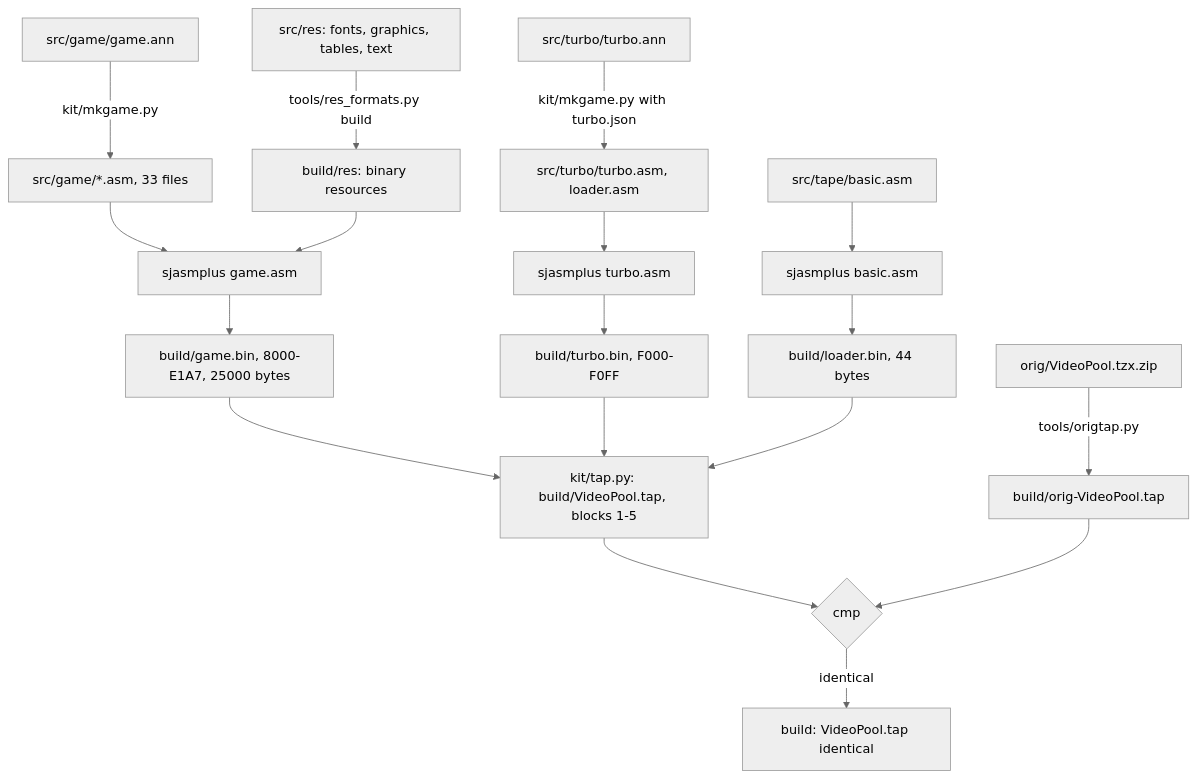
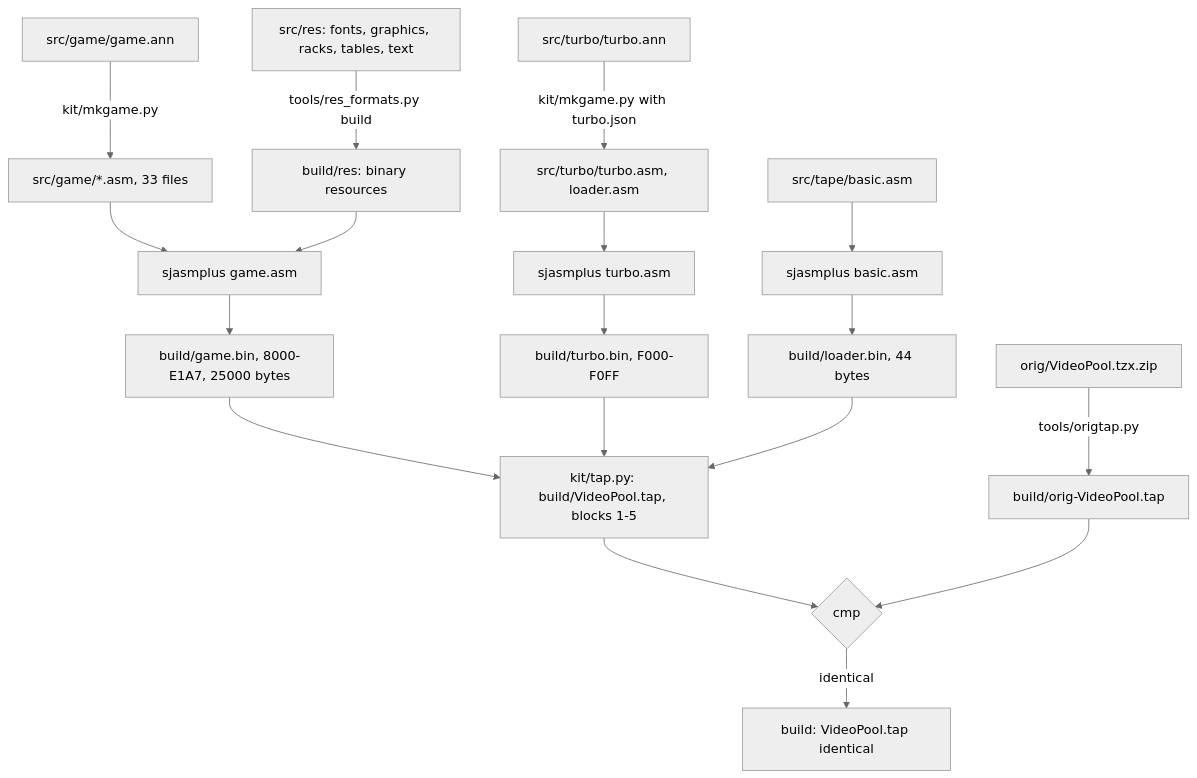
One commit to alfishe/unrealng-reverse-cases changed the third of 3 diagrams in games/video-pool/docs/03-build-and-load.md. Above: the diagram before and after it, drawn with Mermaid (neutral theme). The commit also changed other lines of this file and 60 other files, not shown here.

Commit message:
Video Pool: deferred source changes applied - rack-in scripts and 17 more data entries as editable resources (39 files), rack maps in src/res/maps drawn from them, UKNC converter for glyphs, texts and sounds, full AimShot check by default, f1 sound fates, PocketTurn shown; sources audit

````diff
--- a/games/video-pool/docs/03-build-and-load.md
+++ b/games/video-pool/docs/03-build-and-load.md
@@ -337,18 +337,18 @@
 ```mermaid
 flowchart TD
     ANN[src/game/game.ann] -- kit/mkgame.py --> ASM[src/game/*.asm, 33 files]
-    RES[src/res: fonts, graphics, tables, text] -- tools/res_formats.py build --> BRES[build/res: binary resources]
+    RES[src/res: fonts, graphics, racks, tables, text] -- tools/res_formats.py build --> BRES[build/res: binary resources]
     ASM --> SJ1[sjasmplus game.asm]
     BRES --> SJ1
     SJ1 --> GB[build/game.bin, 8000-E1A7, 25000 bytes]
     TANN[src/turbo/turbo.ann] -- kit/mkgame.py with turbo.json --> TASM[src/turbo/turbo.asm, loader.asm]
     TASM --> SJ2[sjasmplus turbo.asm] --> TB[build/turbo.bin, F000-F0FF]
     BAS[src/tape/basic.asm] --> SJ3[sjasmplus basic.asm] --> LB[build/loader.bin, 44 bytes]
     GB --> TAP[kit/tap.py: build/VideoPool.tap, blocks 1-5]
     TB --> TAP
     LB --> TAP
     ORIG[orig/VideoPool.tzx.zip] -- tools/origtap.py --> OT[build/orig-VideoPool.tap]
     TAP --> CMP{cmp}
     OT --> CMP
     CMP -- identical --> OK[build: VideoPool.tap identical]
 ```
````
